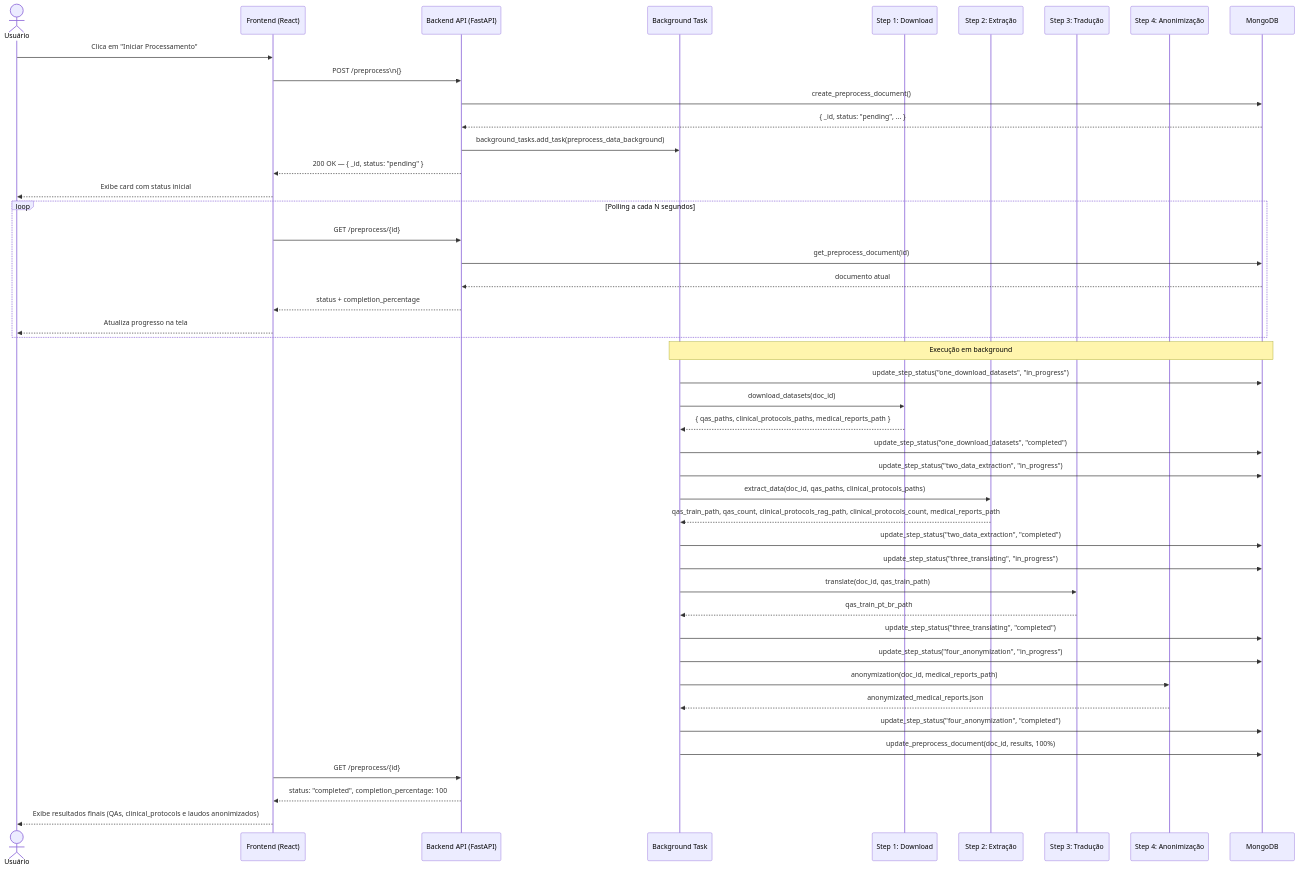
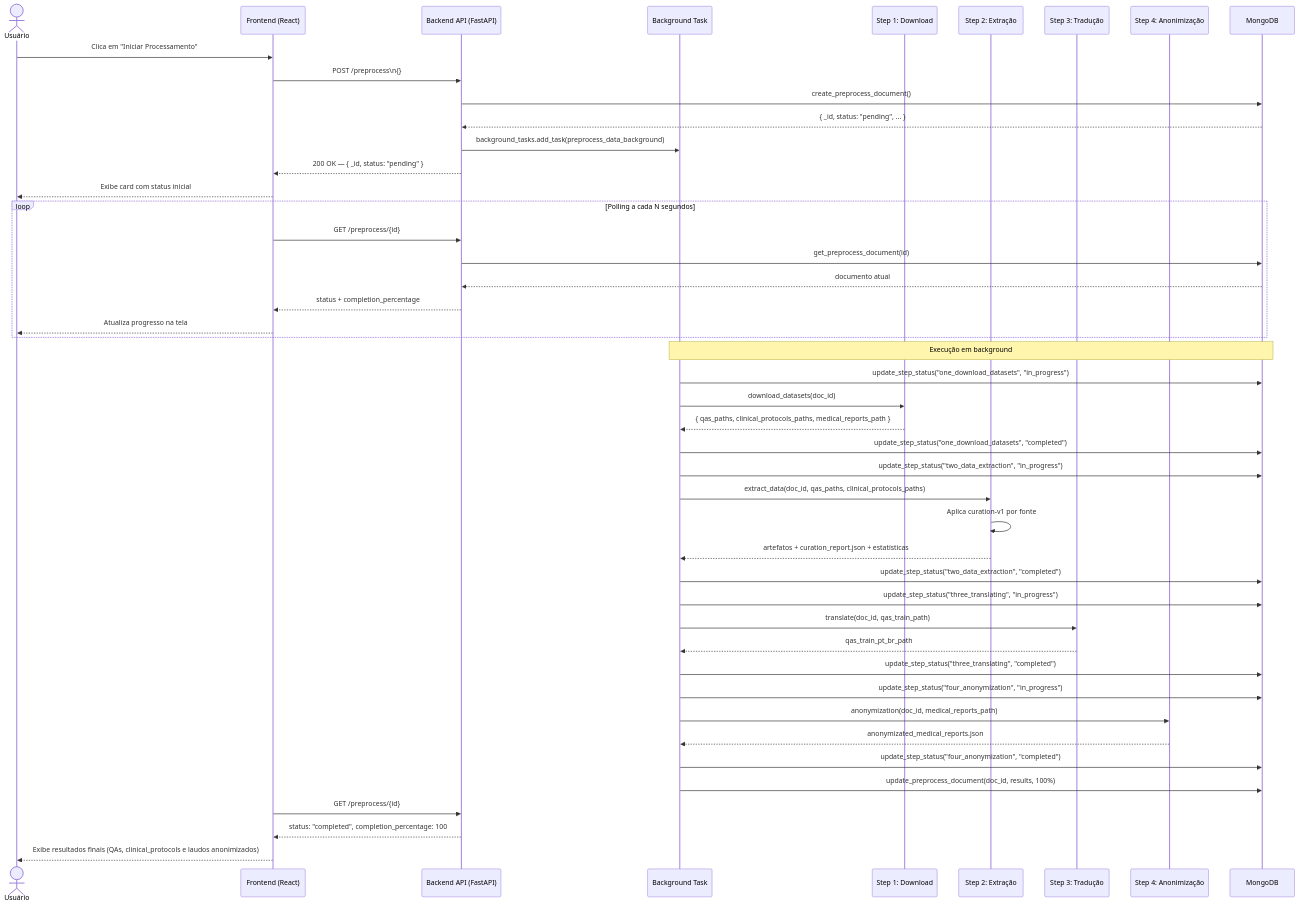
The fifth of 6 diagrams in docs/architecture/README.md (vagner-nascimento/fiap-pos-ia-para-devs-fase3-tech-challenge), drawn with Mermaid before and after one commit. The commit also changed other lines of this file and 7 other files, not shown here.

````diff
--- a/docs/architecture/README.md
+++ b/docs/architecture/README.md
@@ -211,55 +213,56 @@
 ```mermaid
 sequenceDiagram
     actor U as Usuário
     participant FE as Frontend (React)
     participant API as Backend API (FastAPI)
     participant BG as Background Task
     participant S1 as Step 1: Download
     participant S2 as Step 2: Extração
     participant S3 as Step 3: Tradução
     participant S4 as Step 4: Anonimização
     participant DB as MongoDB
 
     U->>FE: Clica em "Iniciar Processamento"
     FE->>API: POST /preprocess\n{}
     API->>DB: create_preprocess_document()
     DB-->>API: { _id, status: "pending", ... }
     API->>BG: background_tasks.add_task(preprocess_data_background)
     API-->>FE: 200 OK — { _id, status: "pending" }
     FE-->>U: Exibe card com status inicial
 
     loop Polling a cada N segundos
         FE->>API: GET /preprocess/{id}
         API->>DB: get_preprocess_document(id)
         DB-->>API: documento atual
         API-->>FE: status + completion_percentage
         FE-->>U: Atualiza progresso na tela
     end
 
     Note over BG,DB: Execução em background
 
     BG->>DB: update_step_status("one_download_datasets", "in_progress")
     BG->>S1: download_datasets(doc_id)
     S1-->>BG: { qas_paths, clinical_protocols_paths, medical_reports_path }
     BG->>DB: update_step_status("one_download_datasets", "completed")
 
     BG->>DB: update_step_status("two_data_extraction", "in_progress")
     BG->>S2: extract_data(doc_id, qas_paths, clinical_protocols_paths)
-    S2-->>BG: qas_train_path, qas_count, clinical_protocols_rag_path, clinical_protocols_count, medical_reports_path
+    S2->>S2: Aplica curation-v1 por fonte
+    S2-->>BG: artefatos + curation_report.json + estatísticas
     BG->>DB: update_step_status("two_data_extraction", "completed")
 
     BG->>DB: update_step_status("three_translating", "in_progress")
     BG->>S3: translate(doc_id, qas_train_path)
     S3-->>BG: qas_train_pt_br_path
     BG->>DB: update_step_status("three_translating", "completed")
 
     BG->>DB: update_step_status("four_anonymization", "in_progress")
     BG->>S4: anonymization(doc_id, medical_reports_path)
     S4-->>BG: anonymizated_medical_reports.json
     BG->>DB: update_step_status("four_anonymization", "completed")
 
     BG->>DB: update_preprocess_document(doc_id, results, 100%)
     FE->>API: GET /preprocess/{id}
     API-->>FE: status: "completed", completion_percentage: 100
     FE-->>U: Exibe resultados finais (QAs, clinical_protocols e laudos anonimizados)
 ```
````
